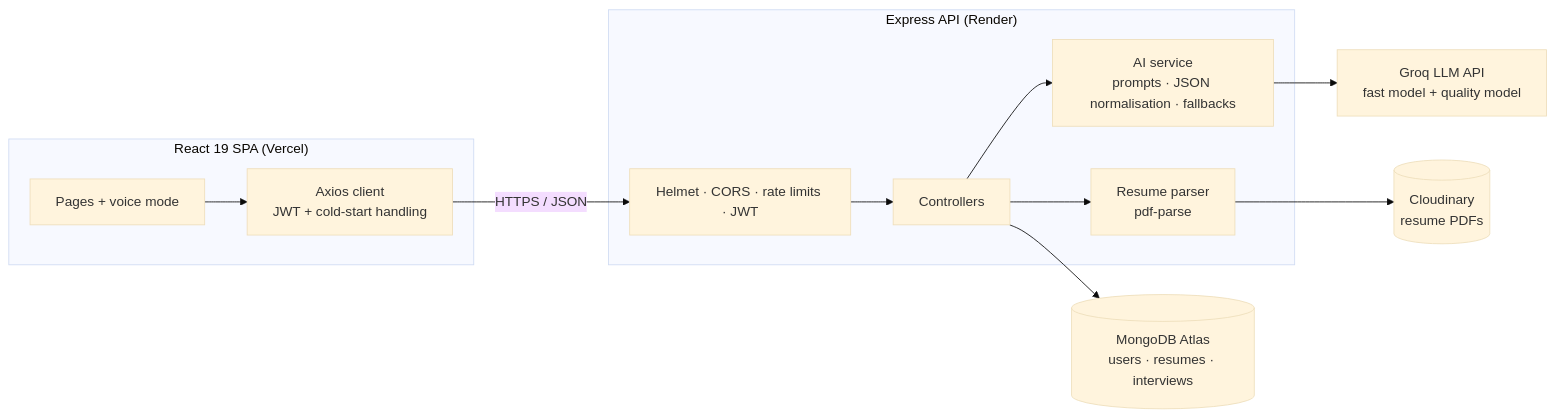
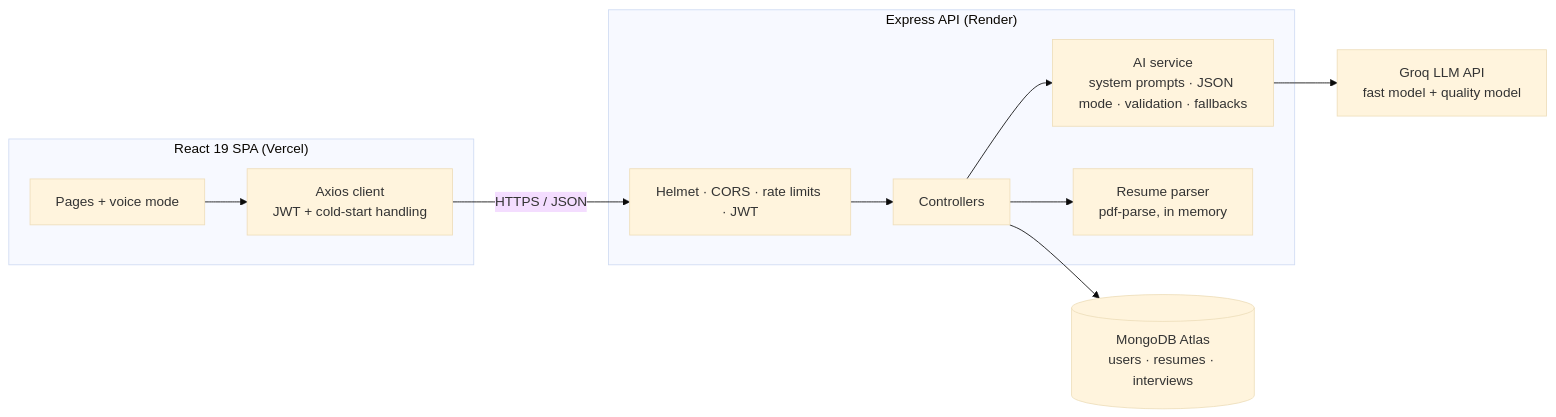
Before and after one commit to iraagarg/Interview-Prep-project: the diagram in README.md, drawn with Mermaid (base theme). The commit also changed other lines of this file, not shown here.

````diff
--- a/README.md
+++ b/README.md
@@ -48,15 +49,14 @@
 ```mermaid
 flowchart LR
   subgraph Client["React 19 SPA (Vercel)"]
     UI[Pages + voice mode] --> AX[Axios client<br/>JWT + cold-start handling]
   end
   AX -- HTTPS / JSON --> MW
   subgraph API["Express API (Render)"]
     MW[Helmet · CORS · rate limits · JWT] --> C[Controllers]
-    C --> AI[AI service<br/>prompts · JSON normalisation · fallbacks]
-    C --> RP[Resume parser<br/>pdf-parse]
+    C --> AI[AI service<br/>system prompts · JSON mode · validation · fallbacks]
+    C --> RP[Resume parser<br/>pdf-parse, in memory]
   end
   C --> DB[(MongoDB Atlas<br/>users · resumes · interviews)]
-  RP --> CL[(Cloudinary<br/>resume PDFs)]
   AI --> G[Groq LLM API<br/>fast model + quality model]
 ```
````
